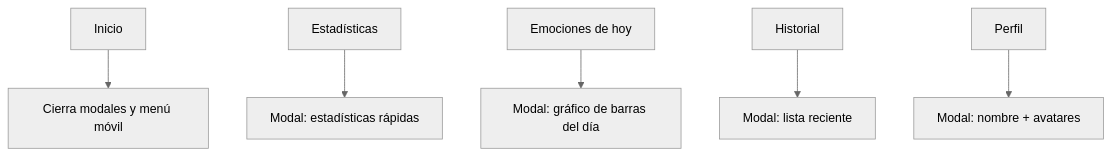
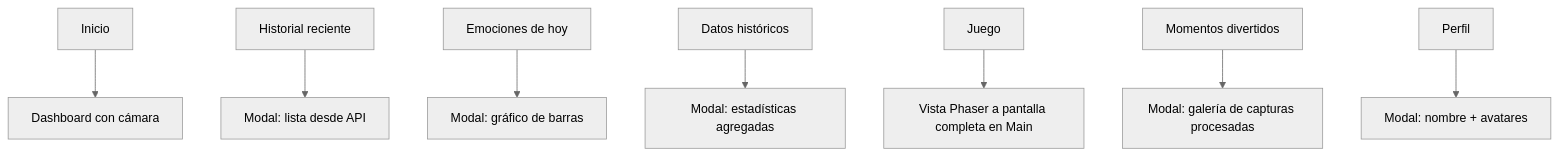
Before and after one commit to jjmirandaa86/uefn-frontend: the sixth of 8 diagrams in README.md, drawn with Mermaid (neutral theme). The commit also changed other lines of this file and 4 other files, not shown here.

````diff
--- a/README.md
+++ b/README.md
@@ -132,8 +213,10 @@
 ```mermaid
 flowchart TD
-  IN["Inicio"] --> CERRAR["Cierra modales y menú móvil"]
-  EST["Estadísticas"] --> M1["Modal: estadísticas rápidas"]
-  EM["Emociones de hoy"] --> M2["Modal: gráfico de barras del día"]
-  HIS["Historial"] --> M3["Modal: lista reciente"]
-  PER["Perfil"] --> M4["Modal: nombre + avatares"]
+  IN["Inicio"] --> DASH["Dashboard con cámara"]
+  HIS["Historial reciente"] --> M1["Modal: lista desde API"]
+  HOY["Emociones de hoy"] --> M2["Modal: gráfico de barras"]
+  EST["Datos históricos"] --> M3["Modal: estadísticas agregadas"]
+  JUE["Juego"] --> VG["Vista Phaser a pantalla completa en Main"]
+  FUN["Momentos divertidos"] --> M4["Modal: galería de capturas procesadas"]
+  PER["Perfil"] --> M5["Modal: nombre + avatares"]
 ```
````
